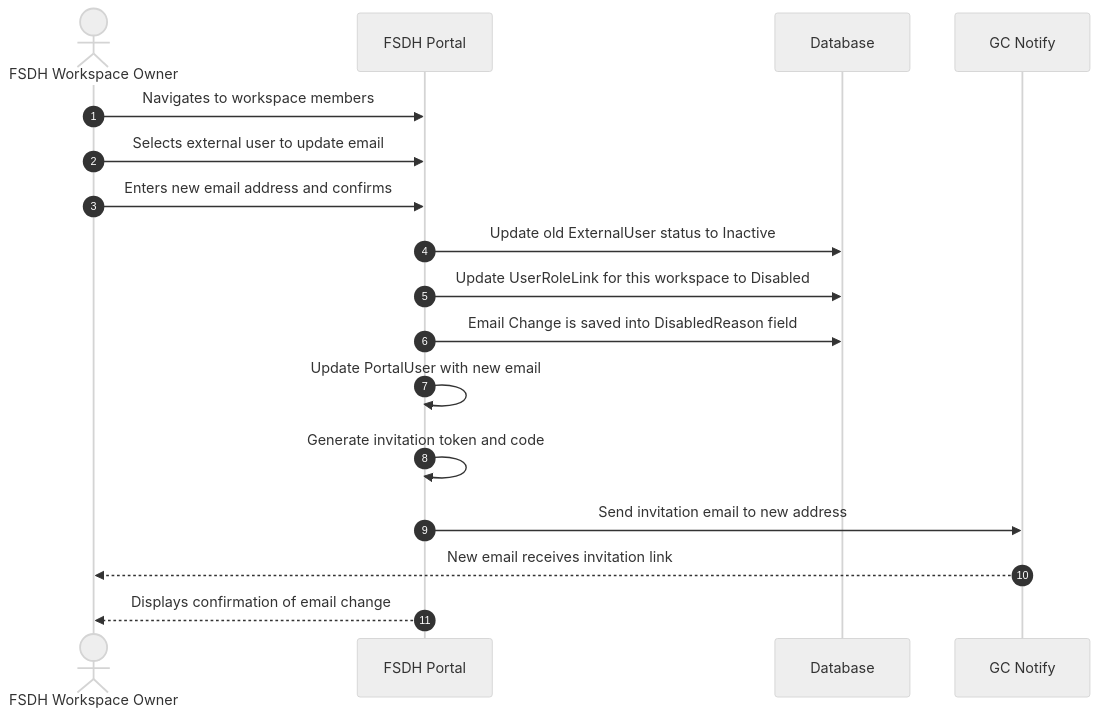
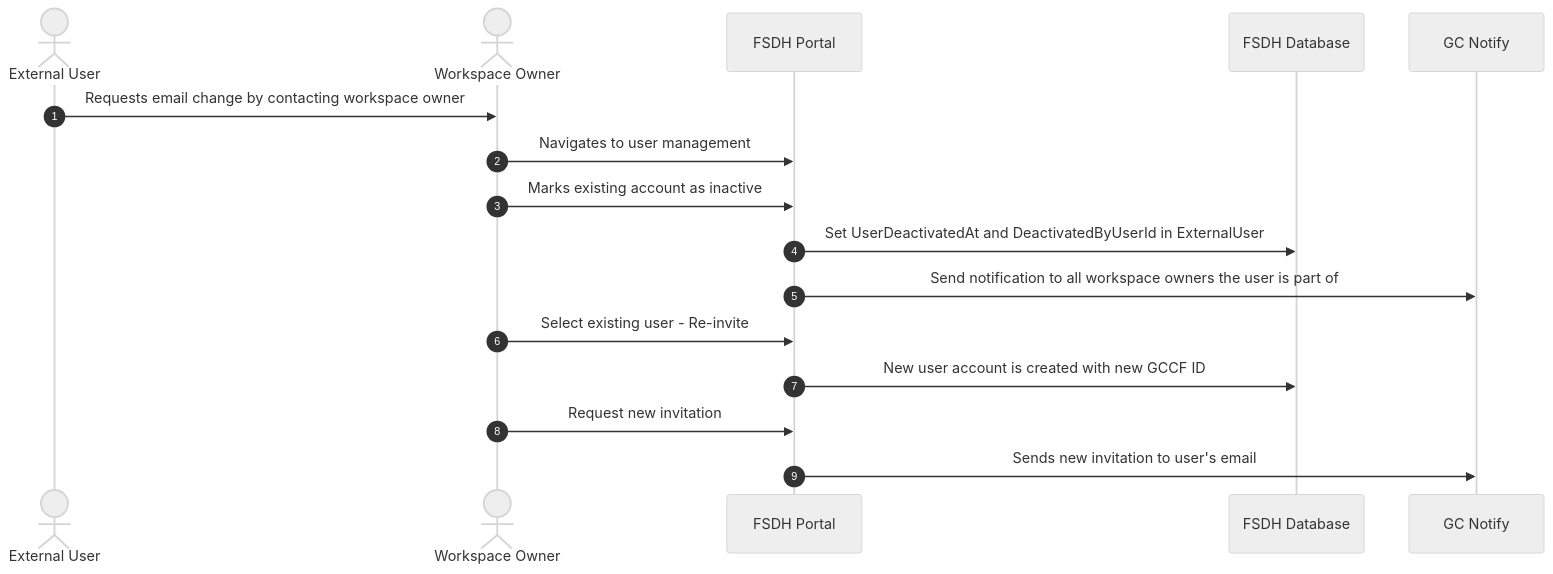
The tenth of 12 diagrams in DeveloperGuide/GCCF/AuthenticationFlows.md (ssc-sp/datahub-docs), drawn with Mermaid (neutral theme) before and after one commit. The commit also changed other lines of this file and 2 other files, not shown here.

````diff
--- a/DeveloperGuide/GCCF/AuthenticationFlows.md
+++ b/DeveloperGuide/GCCF/AuthenticationFlows.md
@@ -305,20 +329,20 @@
 ```mermaid
 sequenceDiagram
-    actor Owner as FSDH Workspace Owner
+    actor User as External User
+    actor Owner as Workspace Owner
     participant FSDH as FSDH Portal
-    participant DB as Database
-    participant Email as GC Notify
+    participant DB as FSDH Database
+    participant GCNotify as GC Notify
 
     autonumber
-    Owner->>FSDH: Navigates to workspace members
-    Owner->>FSDH: Selects external user to update email
-    Owner->>FSDH: Enters new email address and confirms
-    FSDH->>DB: Update old ExternalUser status to Inactive
-    FSDH->>DB: Update UserRoleLink for this workspace to Disabled
-    FSDH->>DB: Email Change is saved into DisabledReason field
-    FSDH->>FSDH: Update PortalUser with new email
-    FSDH->>FSDH: Generate invitation token and code
-    FSDH->>Email: Send invitation email to new address
-    Email-->>Owner: New email receives invitation link
-    FSDH-->>Owner: Displays confirmation of email change
+    User->>Owner: Requests email change by contacting workspace owner
+    Owner->>FSDH: Navigates to user management
+    Owner->>FSDH: Marks existing account as inactive
+    FSDH->>DB: Set UserDeactivatedAt and DeactivatedByUserId in ExternalUser
+    FSDH->>GCNotify: Send notification to all workspace owners the user is part of
+    Owner->>FSDH: Select existing user - Re-invite
+    FSDH->>DB: New user account is created with new GCCF ID
+    Owner->>FSDH: Request new invitation
+    FSDH->>GCNotify: Sends new invitation to user's email
+
 ```
````
